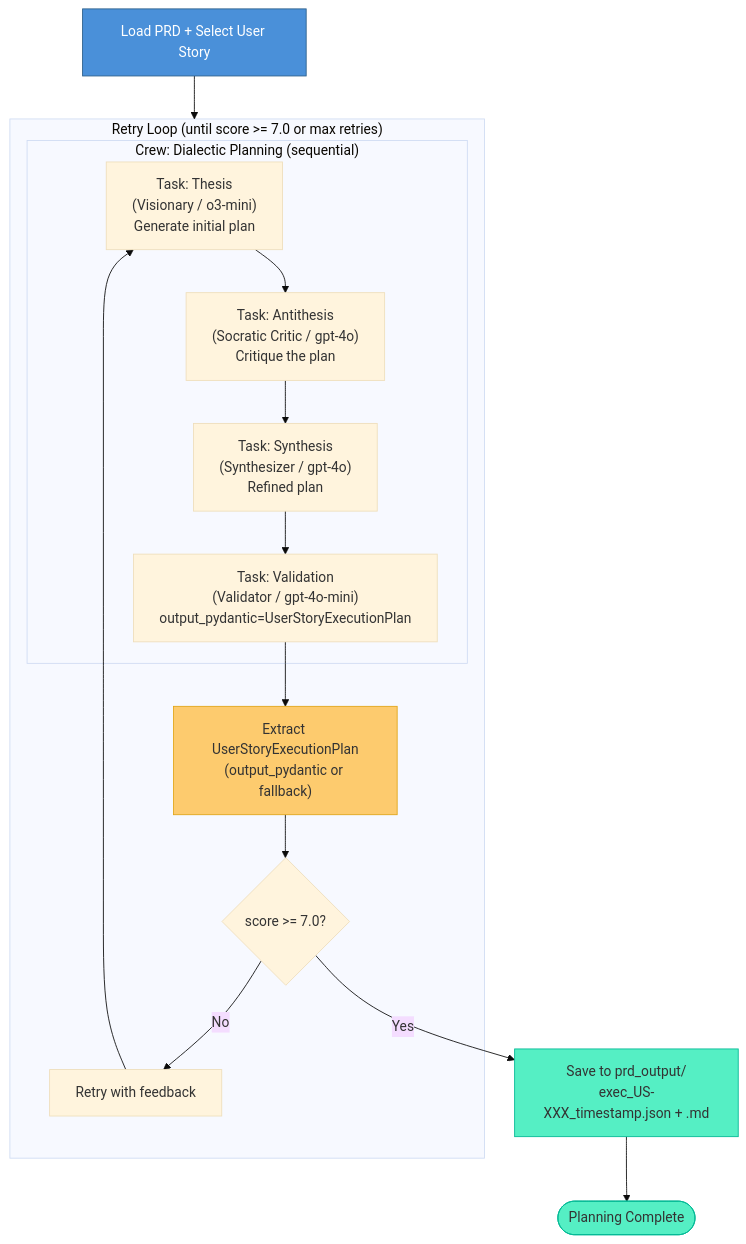
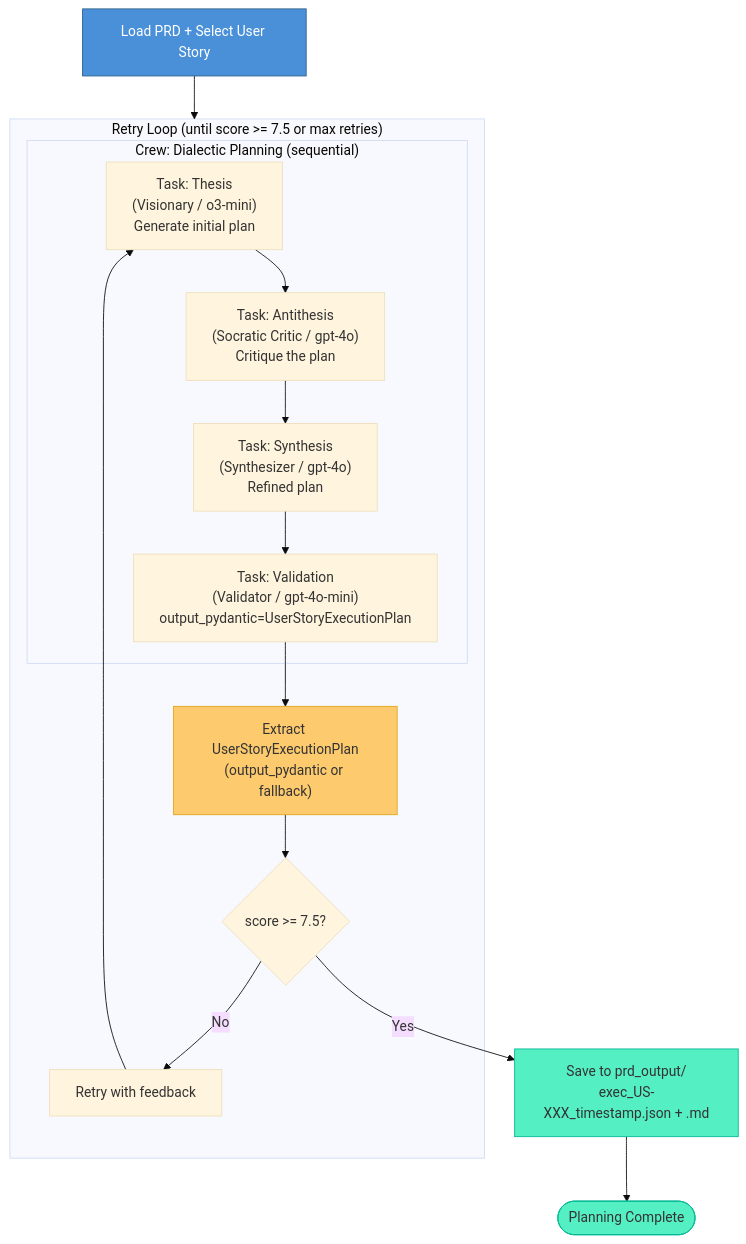
The second of 4 diagrams in docs/flows.md (darthlinuxer/dialectic-crew-ai), drawn with Mermaid (base theme) before and after one commit. The commit also changed other lines of this file and 703 other files, not shown here.

Commit message:
feat: harden self-improve flow and add mcp skill assets

````diff
--- a/docs/flows.md
+++ b/docs/flows.md
@@ -97,27 +97,27 @@
 ```mermaid
 flowchart TD
     INPUT["Load PRD + Select User Story"] --> LOOP
 
-    subgraph LOOP["Retry Loop (until score >= 7.0 or max retries)"]
+    subgraph LOOP["Retry Loop (until score >= 7.5 or max retries)"]
         subgraph CREW["Crew: Dialectic Planning (sequential)"]
             P1["Task: Thesis<br/>(Visionary / o3-mini)<br/>Generate initial plan"]
             P2["Task: Antithesis<br/>(Socratic Critic / gpt-4o)<br/>Critique the plan"]
             P3["Task: Synthesis<br/>(Synthesizer / gpt-4o)<br/>Refined plan"]
             P4["Task: Validation<br/>(Validator / gpt-4o-mini)<br/>output_pydantic=UserStoryExecutionPlan"]
             P1 --> P2 --> P3 --> P4
         end
 
         P4 --> EXTRACT["Extract UserStoryExecutionPlan<br/>(output_pydantic or fallback)"]
-        EXTRACT --> CHECK{"score >= 7.0?"}
+        EXTRACT --> CHECK{"score >= 7.5?"}
         CHECK -->|No| RETRY["Retry with feedback"]
         RETRY --> P1
     end
 
     CHECK -->|Yes| SAVE["Save to prd_output/<br/>exec_US-XXX_timestamp.json + .md"]
     SAVE --> DONE(["Planning Complete"])
 
     style INPUT fill:#4A90D9,stroke:#2C5F8A,color:#fff
     style EXTRACT fill:#FDCB6E,stroke:#E1A517,color:#333
     style SAVE fill:#55EFC4,stroke:#00B894,color:#333
     style DONE fill:#55EFC4,stroke:#00B894,color:#333
 ```
````
